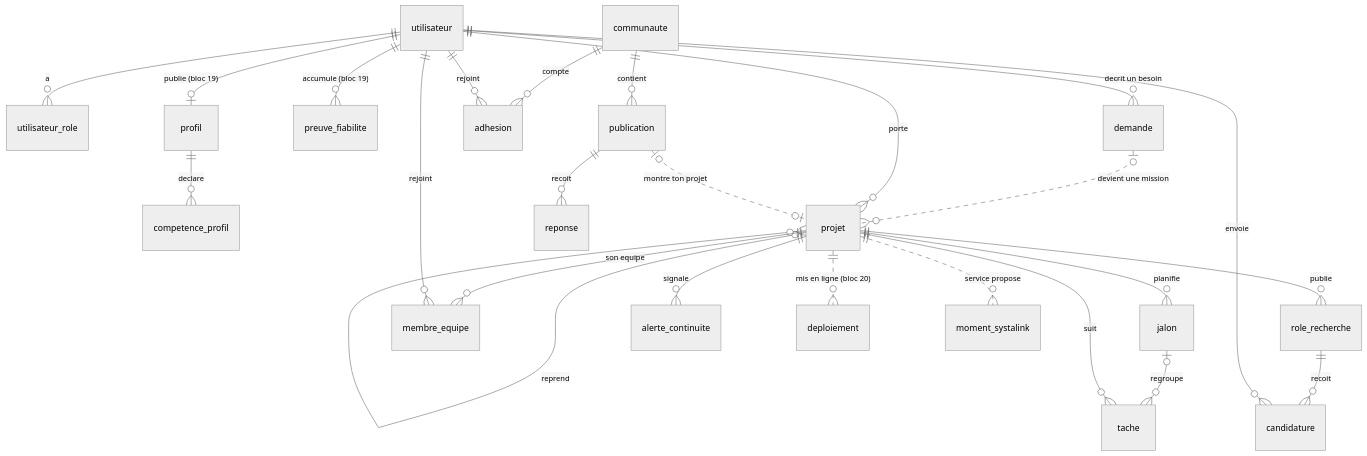
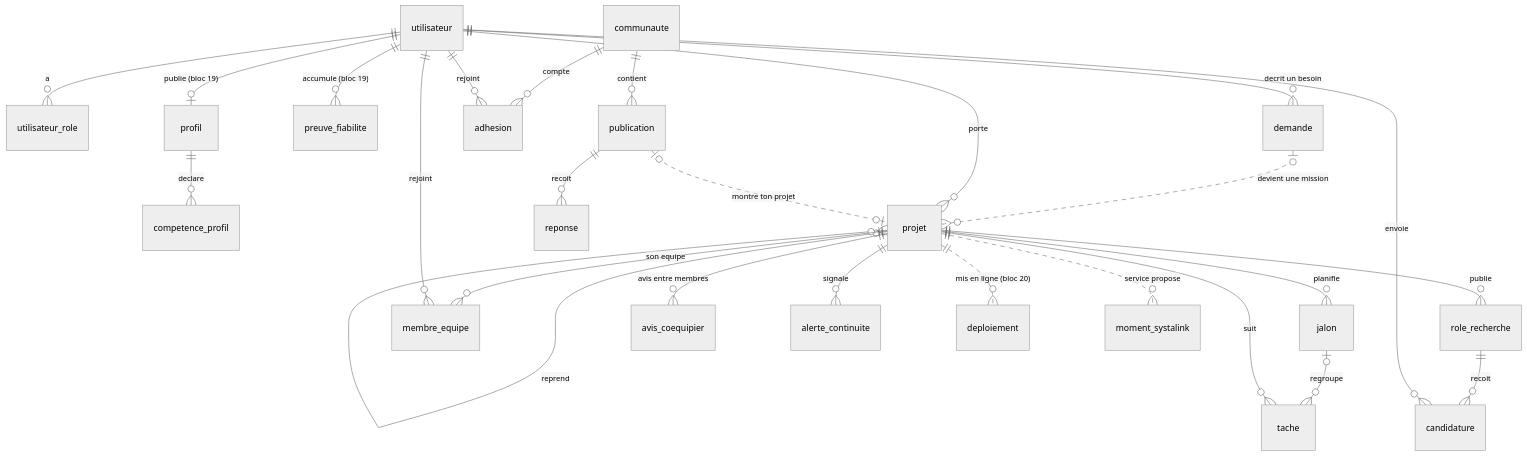
The diagram in docs/modele-donnees.md (algabah2004/jamii), drawn with Mermaid (neutral theme) before and after one commit. The commit also changed other lines of this file and 1 other file, not shown here.

Commit message:
docs: avis entre coéquipiers dans le contrat des projets (#17) (#47)

````diff
--- a/docs/modele-donnees.md
+++ b/docs/modele-donnees.md
@@ -41,30 +41,31 @@
 ```mermaid
 erDiagram
     utilisateur ||--o{ utilisateur_role : a
     utilisateur ||--o| profil : "publie (bloc 19)"
     profil ||--o{ competence_profil : declare
     utilisateur ||--o{ preuve_fiabilite : "accumule (bloc 19)"
 
     utilisateur ||--o{ demande : "decrit un besoin"
     demande |o..o{ projet : "devient une mission"
     utilisateur ||--o{ projet : porte
     projet |o--o{ projet : "reprend"
     projet ||--o{ role_recherche : publie
     role_recherche ||--o{ candidature : recoit
     utilisateur ||--o{ candidature : envoie
     projet ||--o{ membre_equipe : "son equipe"
     utilisateur ||--o{ membre_equipe : rejoint
     projet ||--o{ jalon : planifie
     jalon |o--o{ tache : regroupe
     projet ||--o{ tache : suit
+    projet ||--o{ avis_coequipier : "avis entre membres"
     projet ||--o{ alerte_continuite : signale
 
     communaute ||--o{ adhesion : compte
     utilisateur ||--o{ adhesion : rejoint
     communaute ||--o{ publication : contient
     publication ||--o{ reponse : recoit
     publication |o..o| projet : "montre ton projet"
 
     projet ||..o{ deploiement : "mis en ligne (bloc 20)"
     projet ||..o{ moment_systalink : "service propose"
 ```
````
